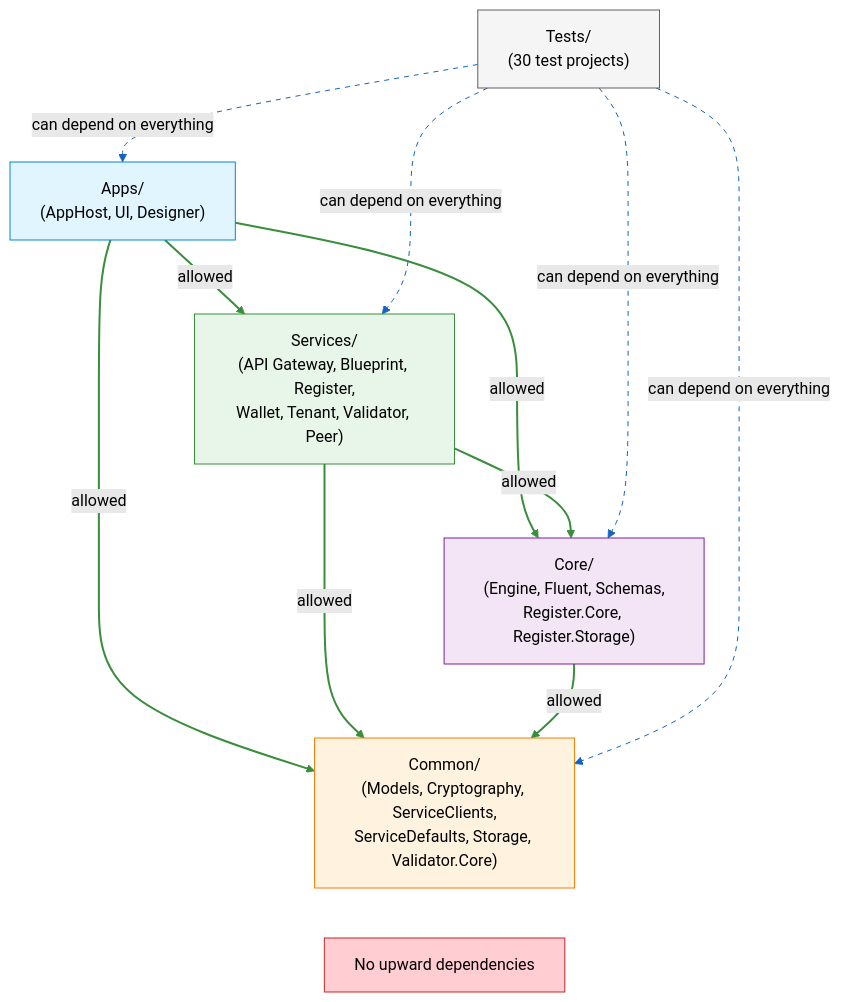
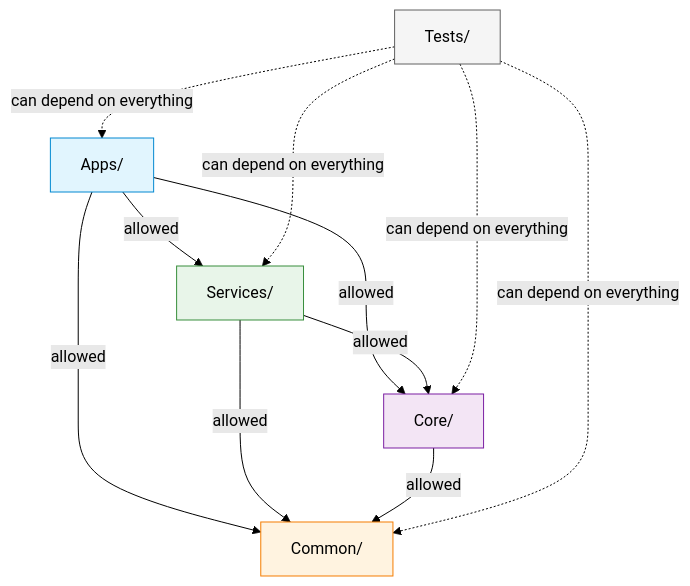
One commit to Sorcha-Platform/Sorcha changed the diagram in docs/reference/project-structure.md. Above: the diagram before and after it, drawn with Mermaid (forest theme). The commit also changed other lines of this file and 2 other files, not shown here.

First line of the commit message:
docs: slim CLAUDE.md, add sorcha-architecture skill, refresh project structure

````diff
--- a/docs/reference/project-structure.md
+++ b/docs/reference/project-structure.md
@@ -169,32 +117,26 @@
 ```mermaid
 graph TD
-    Apps["Apps/<br/>(AppHost, UI, Designer)"]
-    Services["Services/<br/>(API Gateway, Blueprint, Register,<br/>Wallet, Tenant, Validator, Peer)"]
-    Core["Core/<br/>(Engine, Fluent, Schemas,<br/>Register.Core, Register.Storage)"]
-    Common["Common/<br/>(Models, Cryptography, ServiceClients,<br/>ServiceDefaults, Storage, Validator.Core)"]
-    Tests["Tests/<br/>(30 test projects)"]
+    Apps["Apps/"]
+    Services["Services/"]
+    Core["Core/"]
+    Common["Common/"]
+    Tests["Tests/"]
 
-    Apps -->|"allowed"| Services
-    Apps -->|"allowed"| Core
-    Apps -->|"allowed"| Common
-    Services -->|"allowed"| Core
-    Services -->|"allowed"| Common
-    Core -->|"allowed"| Common
+    Apps -->|allowed| Services
+    Apps -->|allowed| Core
+    Apps -->|allowed| Common
+    Services -->|allowed| Core
+    Services -->|allowed| Common
+    Core -->|allowed| Common
 
-    Tests -.->|"can depend on everything"| Apps
-    Tests -.->|"can depend on everything"| Services
-    Tests -.->|"can depend on everything"| Core
-    Tests -.->|"can depend on everything"| Common
-
-    Common ~~~|" "| NoUp["No upward dependencies"]
-
-    linkStyle 0,1,2,3,4,5 stroke:#388e3c,stroke-width:2px
-    linkStyle 6,7,8,9 stroke:#1565c0,stroke-width:1px,stroke-dasharray:5
+    Tests -.->|can depend on everything| Apps
+    Tests -.->|can depend on everything| Services
+    Tests -.->|can depend on everything| Core
+    Tests -.->|can depend on everything| Common
 
     style Apps fill:#e1f5fe,stroke:#0288d1
     style Services fill:#e8f5e9,stroke:#388e3c
     style Core fill:#f3e5f5,stroke:#7b1fa2
     style Common fill:#fff3e0,stroke:#f57c00
     style Tests fill:#f5f5f5,stroke:#616161
-    style NoUp fill:#ffcdd2,stroke:#c62828
 ```
````
